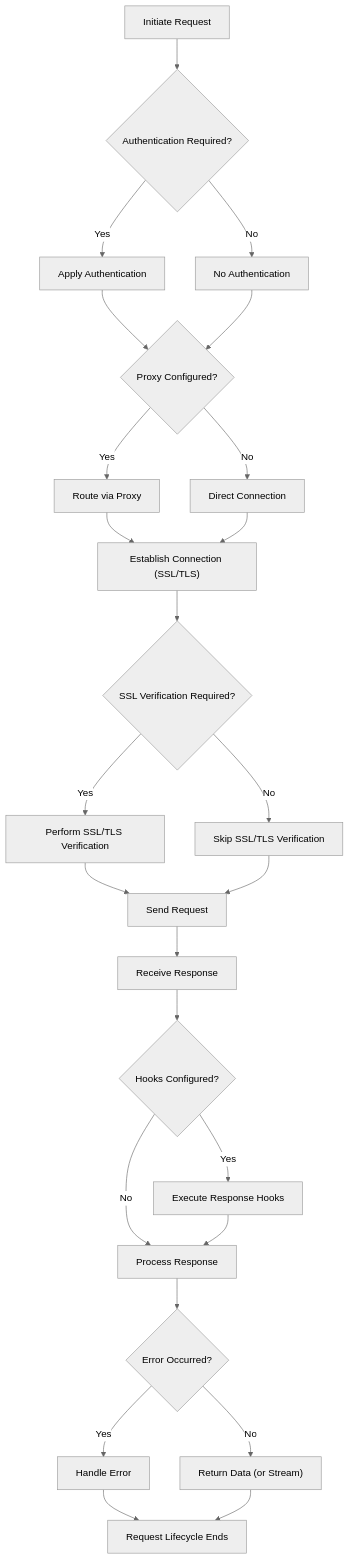
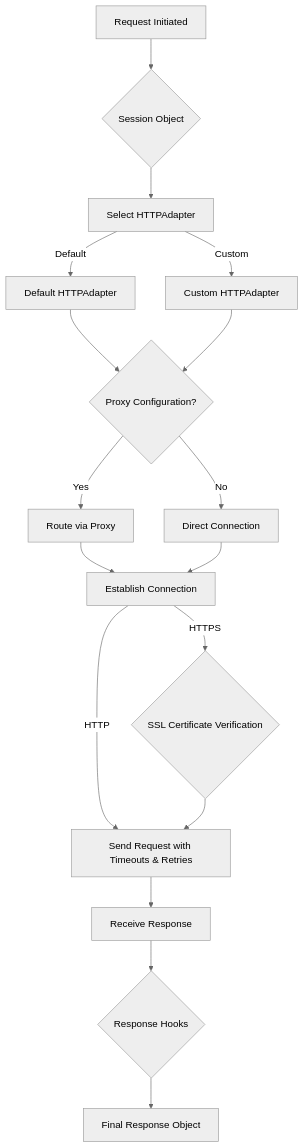
One commit to lban2049/requests changed the diagram in .aigne/doc-smith/docs/advanced-usage.md. Above: the diagram before and after it, drawn with Mermaid (neutral theme). The commit also changed other lines of this file and 69 other files, not shown here.

````diff
--- a/.aigne/doc-smith/docs/advanced-usage.md
+++ b/.aigne/doc-smith/docs/advanced-usage.md
@@ -7,35 +7,19 @@
 ```mermaid
-flowchart TD
-    A["Initiate Request"] --> B{"Authentication Required?"};
-    B -- "Yes" --> C["Apply Authentication"];
-    B -- "No" --> D["No Authentication"];
-
-    C --> E{"Proxy Configured?"};
-    D --> E;
-
-    E -- "Yes" --> F["Route via Proxy"];
-    E -- "No" --> G["Direct Connection"];
-
-    F --> H["Establish Connection (SSL/TLS)"];
-    G --> H;
-
-    H --> I{"SSL Verification Required?"};
-    I -- "Yes" --> J["Perform SSL/TLS Verification"];
-    I -- "No" --> K["Skip SSL/TLS Verification"];
-
-    J --> L["Send Request"];
-    K --> L;
-
-    L --> M["Receive Response"];
-    M --> N{"Hooks Configured?"};
-    N -- "Yes" --> O["Execute Response Hooks"];
-    N -- "No" --> P["Process Response"];
-
-    O --> P;
-    P --> Q{"Error Occurred?"};
-    Q -- "Yes" --> R["Handle Error"];
-    Q -- "No" --> S["Return Data (or Stream)"];
-
-    R --> T["Request Lifecycle Ends"];
-    S --> T;
+graph TD
+    A["Request Initiated"] --> B{"Session Object"};
+    B --> C["Select HTTPAdapter"];
+    C -- "Default" --> D["Default HTTPAdapter"];
+    C -- "Custom" --> E["Custom HTTPAdapter"];
+    D --> F{"Proxy Configuration?"};
+    E --> F;
+    F -- "Yes" --> G["Route via Proxy"];
+    F -- "No" --> H["Direct Connection"];
+    G --> I["Establish Connection"];
+    H --> I;
+    I -- "HTTPS" --> J{"SSL Certificate Verification"};
+    I -- "HTTP" --> K["Send Request with Timeouts & Retries"];
+    J --> K;
+    K --> L["Receive Response"];
+    L --> M{"Response Hooks"};
+    M --> N["Final Response Object"];
 ```
````
